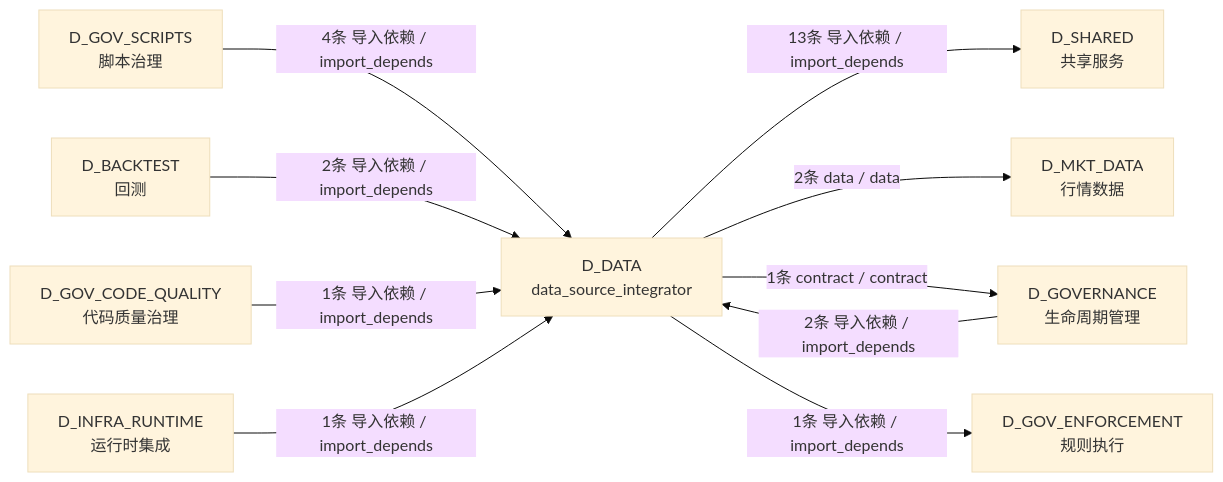
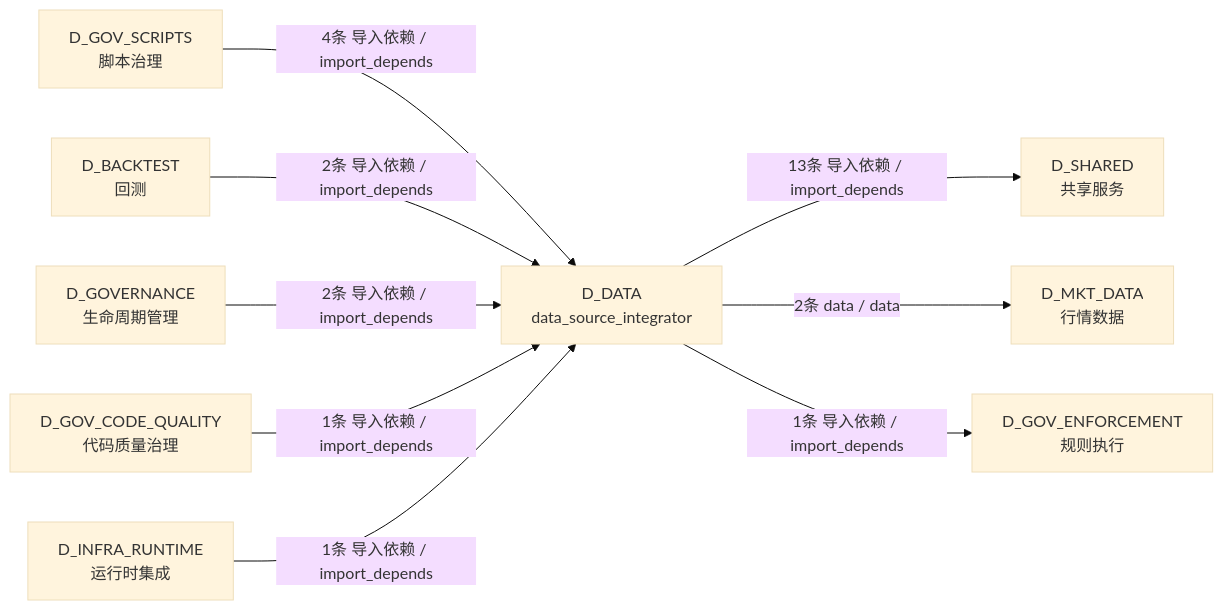
Before and after one commit to xuanFelixVan/ZephyrAlpha: the fifth of 5 diagrams in docs/02_enterprise_architecture/02_domain_architecture_docs/61_d_data.md, drawn with Mermaid (base theme). The commit also changed other lines of this file and 98 other files, not shown here.

````diff
--- a/docs/02_enterprise_architecture/02_domain_architecture_docs/61_d_data.md
+++ b/docs/02_enterprise_architecture/02_domain_architecture_docs/61_d_data.md
@@ -492,21 +491,20 @@
 ```mermaid
 graph LR
     D_DATA["D_DATA<br/>data_source_integrator"]
     D_SHARED["D_SHARED<br/>共享服务"]
     D_MKT_DATA["D_MKT_DATA<br/>行情数据"]
-    D_GOVERNANCE["D_GOVERNANCE<br/>生命周期管理"]
     D_GOV_ENFORCEMENT["D_GOV_ENFORCEMENT<br/>规则执行"]
     D_GOV_SCRIPTS["D_GOV_SCRIPTS<br/>脚本治理"]
     D_BACKTEST["D_BACKTEST<br/>回测"]
+    D_GOVERNANCE["D_GOVERNANCE<br/>生命周期管理"]
     D_GOV_CODE_QUALITY["D_GOV_CODE_QUALITY<br/>代码质量治理"]
     D_INFRA_RUNTIME["D_INFRA_RUNTIME<br/>运行时集成"]
     D_DATA -->|13条 导入依赖 / import_depends| D_SHARED
     D_DATA -->|2条 data / data| D_MKT_DATA
-    D_DATA -->|1条 contract / contract| D_GOVERNANCE
     D_DATA -->|1条 导入依赖 / import_depends| D_GOV_ENFORCEMENT
     D_GOV_SCRIPTS -->|4条 导入依赖 / import_depends| D_DATA
     D_BACKTEST -->|2条 导入依赖 / import_depends| D_DATA
     D_GOVERNANCE -->|2条 导入依赖 / import_depends| D_DATA
     D_GOV_CODE_QUALITY -->|1条 导入依赖 / import_depends| D_DATA
     D_INFRA_RUNTIME -->|1条 导入依赖 / import_depends| D_DATA
 ```
````
